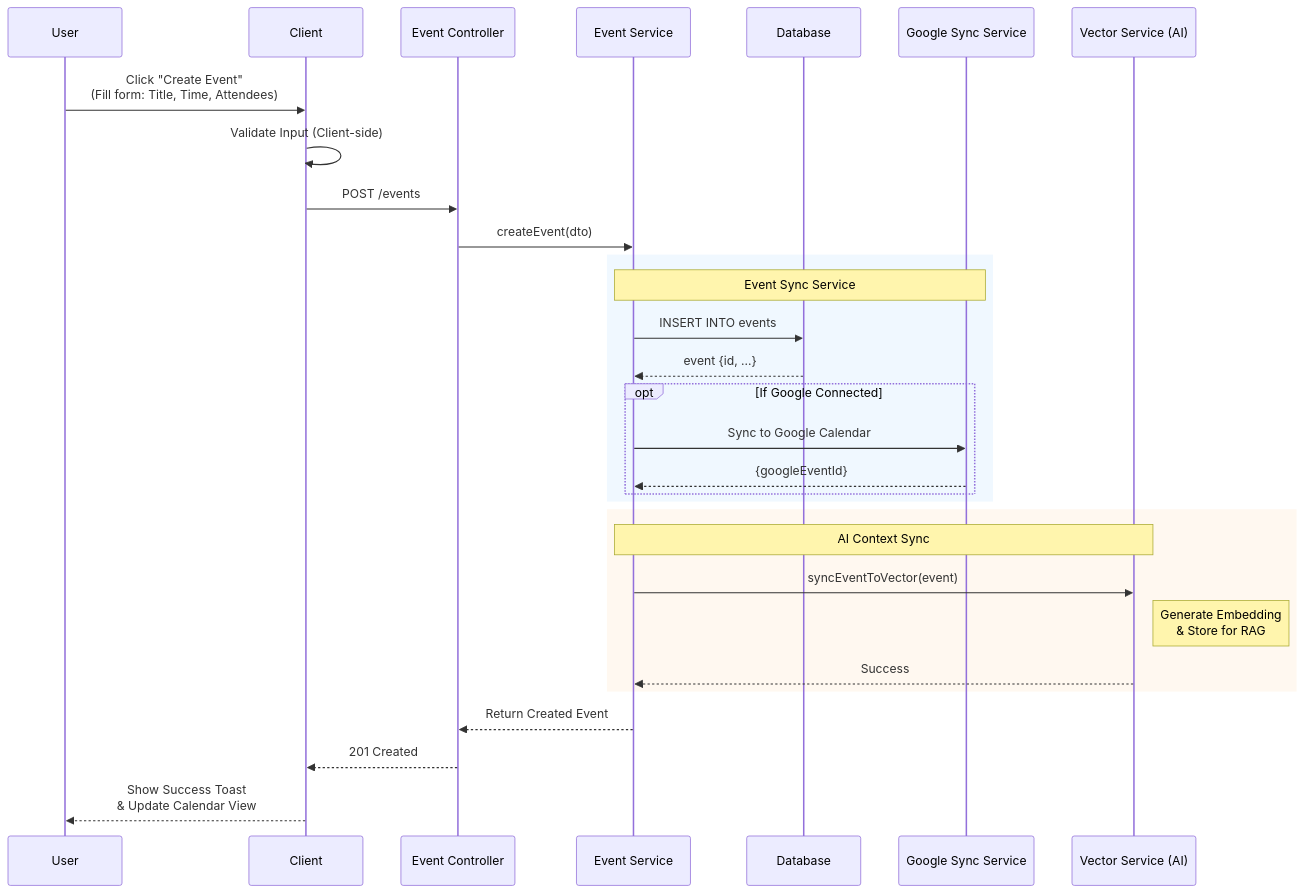
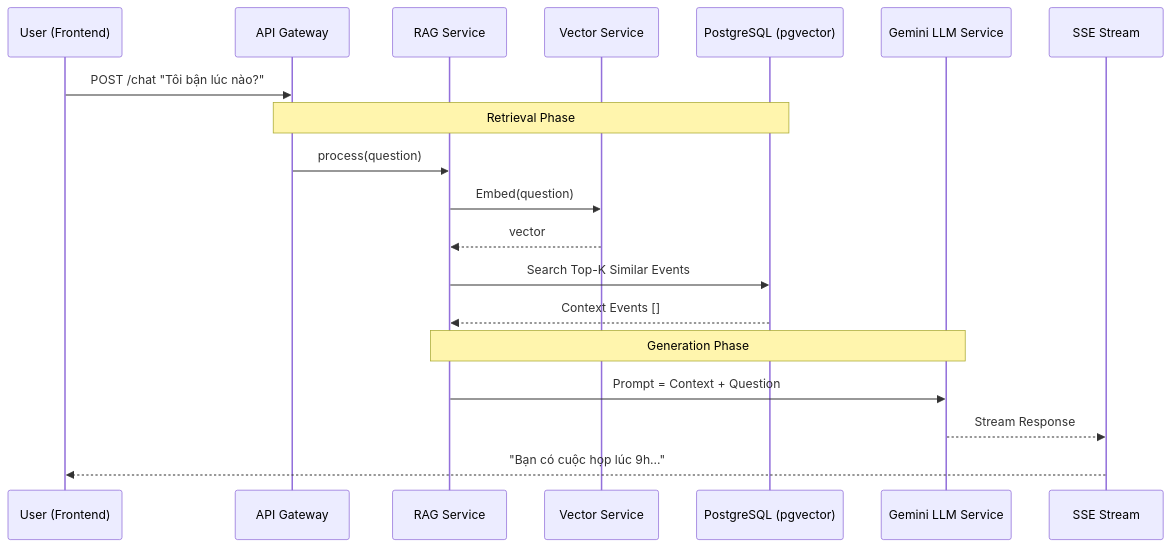
Before and after one commit to TDevUIT/Calento: diagram 14 of 19 in reports/SE347_Báo Cáo_Nhóm 2.docx.md, drawn with Mermaid. The commit also changed other lines of this file, not shown here.

Commit message:
feat(report): update business process flows and sequence diagrams

````diff
--- a/reports/SE347_Báo Cáo_Nhóm 2.docx.md
+++ b/reports/SE347_Báo Cáo_Nhóm 2.docx.md
@@ -1800,40 +1633,24 @@
 ```mermaid
 sequenceDiagram
-    participant U as User
-    participant C as Client
-    participant S as Event Controller
-    participant ES as Event Service
-    participant DB as Database
-    participant G as Google Sync Service
-    participant V as Vector Service (AI)
+    participant U as User (Frontend)
+    participant API as API Gateway
+    participant RAG as RAG Service
+    participant VEC as Vector Service
+    participant DB as PostgreSQL (pgvector)
+    participant LLM as Gemini LLM Service
+    participant SSE as SSE Stream
 
-    U->>C: Click "Create Event"<br/>(Fill form: Title, Time, Attendees)
-    C->>C: Validate Input (Client-side)
-    C->>S: POST /events
+    U->>API: POST /chat "Tôi bận lúc nào?"
     
-    S->>ES: createEvent(dto)
+    Note over API,DB: Retrieval Phase
+    API->>RAG: process(question)
+    RAG->>VEC: Embed(question)
+    VEC-->>RAG: vector
+    RAG->>DB: Search Top-K Similar Events
+    DB-->>RAG: Context Events []
     
-    %% Step 1: Core Creation & Google Sync
-    rect rgb(240, 248, 255)
-        Note over ES, G: Event Sync Service
-        ES->>DB: INSERT INTO events
-        DB-->>ES: event {id, ...}
-        
-        opt If Google Connected
-            ES->>G: Sync to Google Calendar
-            G-->>ES: {googleEventId}
-        end
-    end
-
-    %% Step 2: AI Embedding Sync
-    rect rgb(255, 248, 240)
-        Note over ES, V: AI Context Sync
-        ES->>V: syncEventToVector(event)
-        Note right of V: Generate Embedding<br/>& Store for RAG
-        V-->>ES: Success
-    end
-    
-    ES-->>S: Return Created Event
-    S-->>C: 201 Created
-    C-->>U: Show Success Toast<br/>& Update Calendar View
+    Note over RAG,LLM: Generation Phase
+    RAG->>LLM: Prompt = Context + Question
+    LLM-->>SSE: Stream Response
+    SSE-->>U: "Bạn có cuộc họp lúc 9h..."
 ```
````
